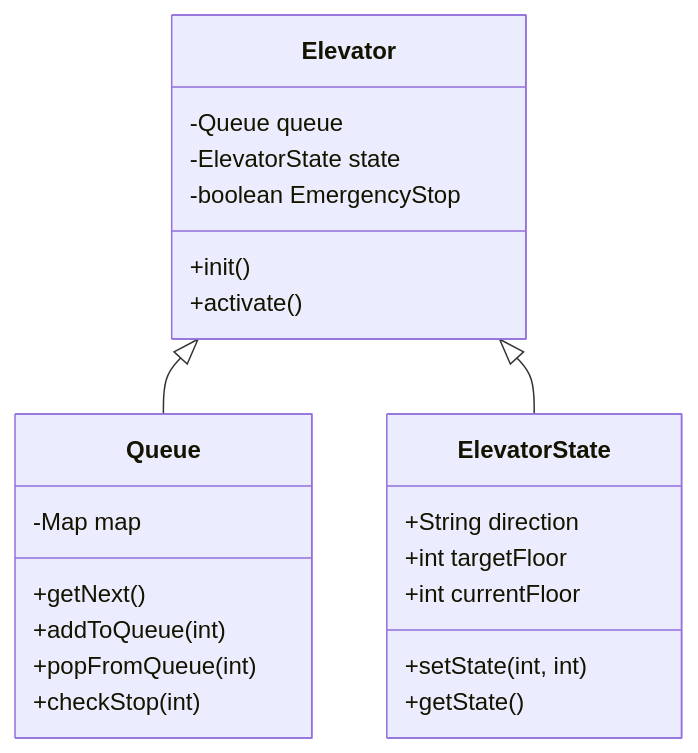
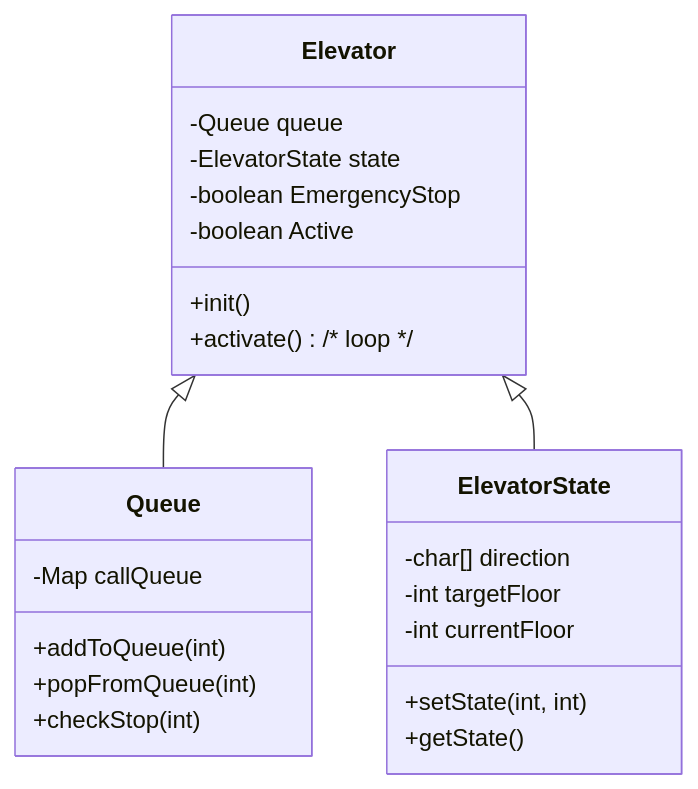
One commit to andreasnett/heislab changed the first of 5 diagrams in mermaid.md. Above: the diagram before and after it, drawn with Mermaid. The commit also changed other lines of this file and 2 other files, not shown here.

Commit message:
add queue header, working with mermaid

````diff
--- a/mermaid.md
+++ b/mermaid.md
@@ -5,28 +5,28 @@
 ```mermaid
 classDiagram
     Elevator <|-- Queue
     Elevator <|-- ElevatorState
     class Elevator{
       -Queue queue
       -ElevatorState state
       -boolean EmergencyStop
+      -boolean Active
       +init()
-      +activate()
+      +activate() /* loop */
     }
 
     class Queue{
-      -Map map
-      +getNext()
+      -Map callQueue
       +addToQueue(int)
       +popFromQueue(int)
       +checkStop(int)
     }
 
     class ElevatorState{
-      +String direction
-      +int targetFloor
-      +int currentFloor
+      -char[] direction
+      -int targetFloor
+      -int currentFloor
       +setState(int, int)
       +getState()
     }
 ```
````
